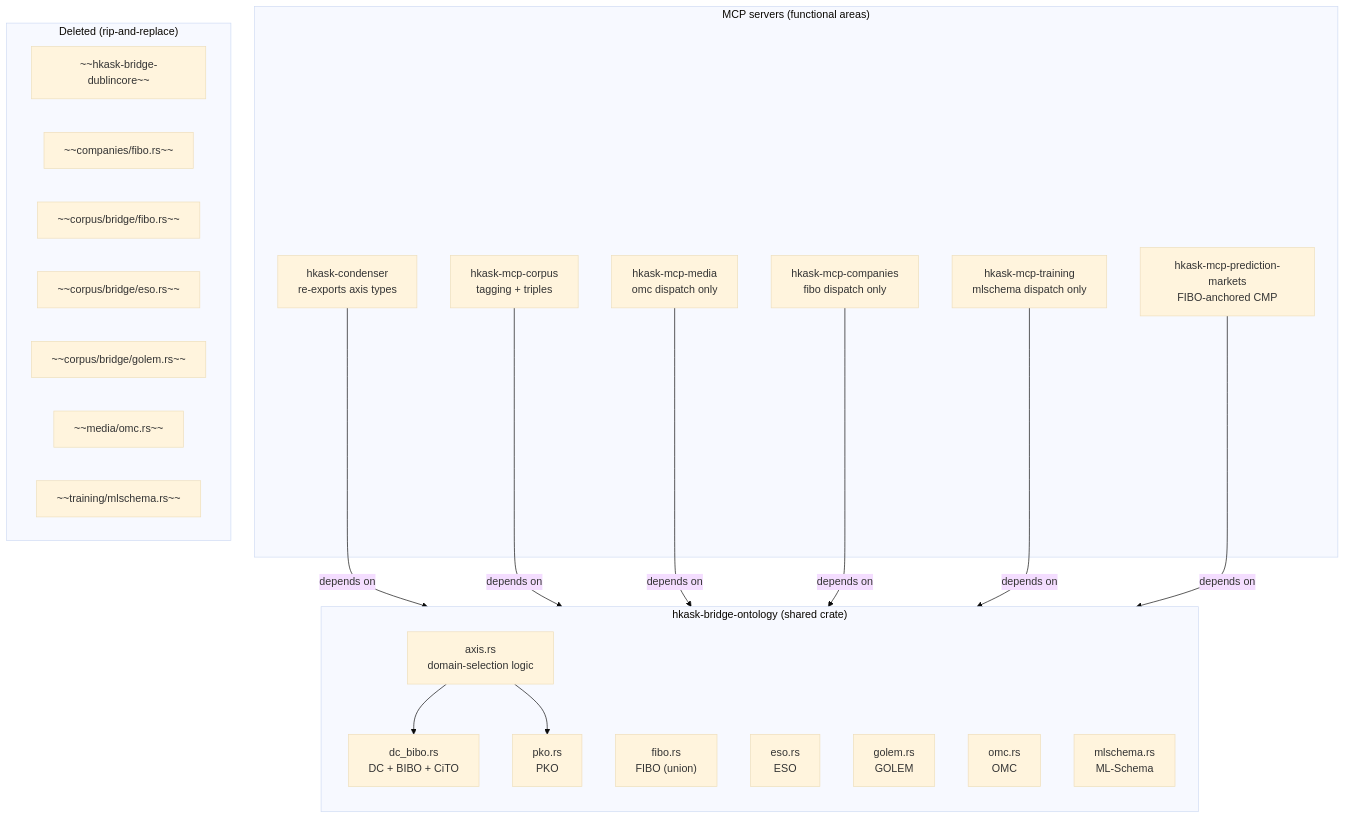
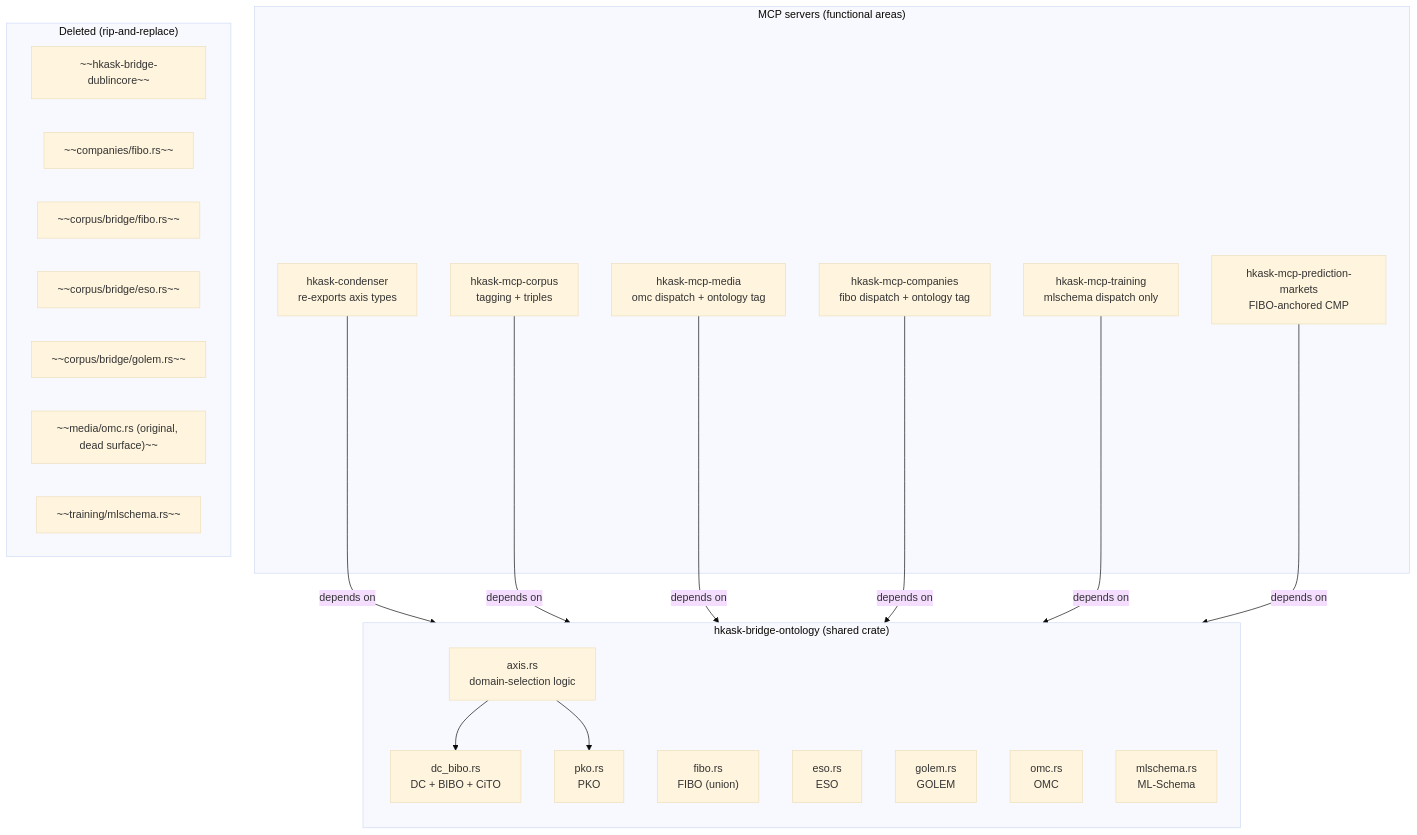
One commit to mdz-axo/zed-kask changed the first of 2 diagrams in kask/docs/diagrams/architecture-ontology-bridge.md. Above: the diagram before and after it, drawn with Mermaid (base theme). The commit also changed other lines of this file and 10 other files, not shown here.

````diff
--- a/kask/docs/diagrams/architecture-ontology-bridge.md
+++ b/kask/docs/diagrams/architecture-ontology-bridge.md
@@ -19,42 +19,42 @@
 ```mermaid
 graph TD
     subgraph shared["hkask-bridge-ontology (shared crate)"]
         direction TB
         axis["axis.rs<br/>domain-selection logic"]
         dc_bibo["dc_bibo.rs<br/>DC + BIBO + CiTO"]
         pko["pko.rs<br/>PKO"]
         fibo["fibo.rs<br/>FIBO (union)"]
         eso["eso.rs<br/>ESO"]
         golem["golem.rs<br/>GOLEM"]
         omc["omc.rs<br/>OMC"]
         mlschema["mlschema.rs<br/>ML-Schema"]
         axis --> dc_bibo
         axis --> pko
     end
 
     subgraph servers["MCP servers (functional areas)"]
         condenser["hkask-condenser<br/>re-exports axis types"]
         corpus["hkask-mcp-corpus<br/>tagging + triples"]
-        media["hkask-mcp-media<br/>omc dispatch only"]
-        companies["hkask-mcp-companies<br/>fibo dispatch only"]
+        media["hkask-mcp-media<br/>omc dispatch + ontology tag"]
+        companies["hkask-mcp-companies<br/>fibo dispatch + ontology tag"]
         training["hkask-mcp-training<br/>mlschema dispatch only"]
         pm["hkask-mcp-prediction-markets<br/>FIBO-anchored CMP"]
     end
 
     condenser -->|"depends on"| shared
     corpus -->|"depends on"| shared
     media -->|"depends on"| shared
     companies -->|"depends on"| shared
     training -->|"depends on"| shared
     pm -->|"depends on"| shared
 
     subgraph deleted["Deleted (rip-and-replace)"]
         old_dc["~~hkask-bridge-dublincore~~"]
         old_fibo_co["~~companies/fibo.rs~~"]
         old_fibo_cu["~~corpus/bridge/fibo.rs~~"]
         old_eso["~~corpus/bridge/eso.rs~~"]
         old_golem["~~corpus/bridge/golem.rs~~"]
-        old_omc["~~media/omc.rs~~"]
+        old_omc["~~media/omc.rs (original, dead surface)~~"]
         old_ml["~~training/mlschema.rs~~"]
     end
 ```
````
